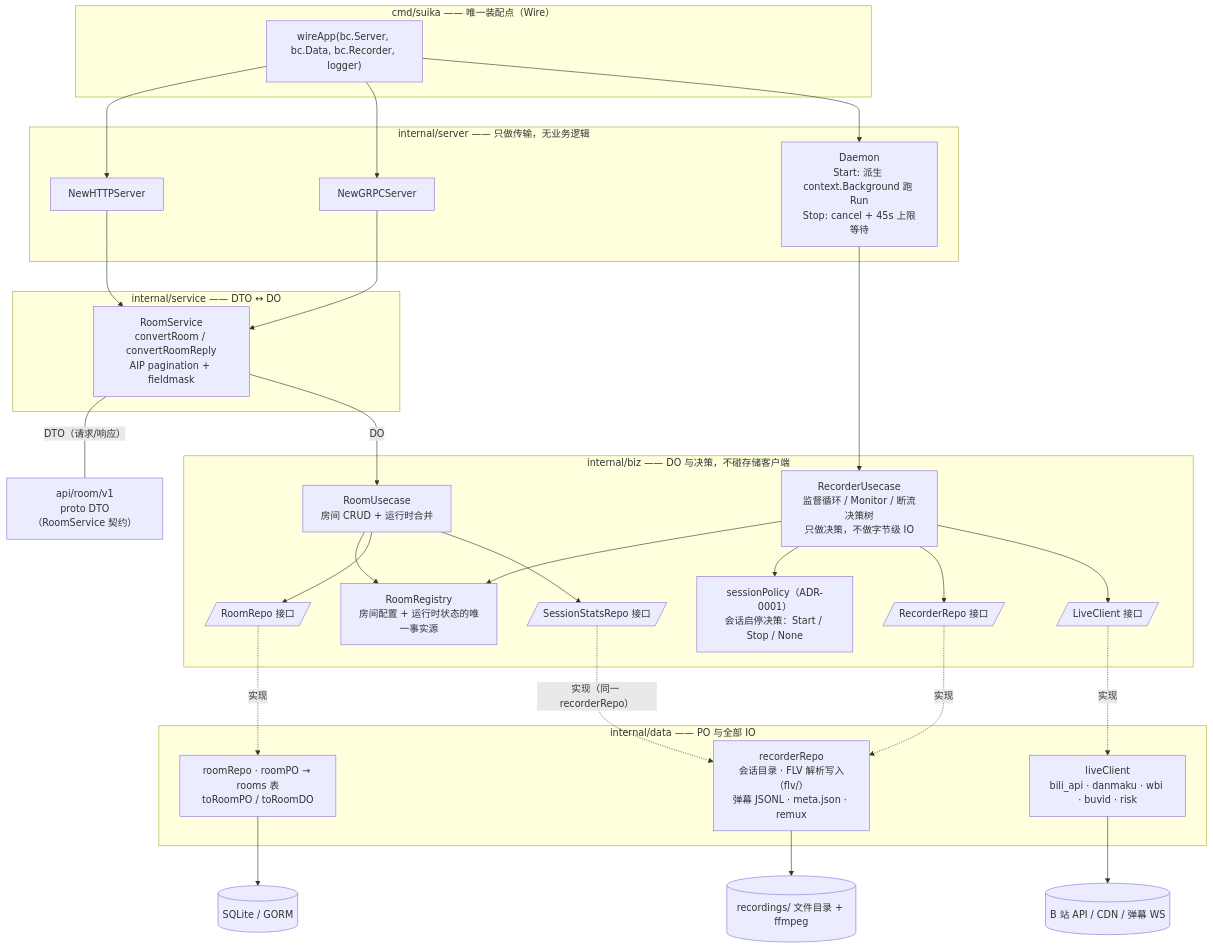
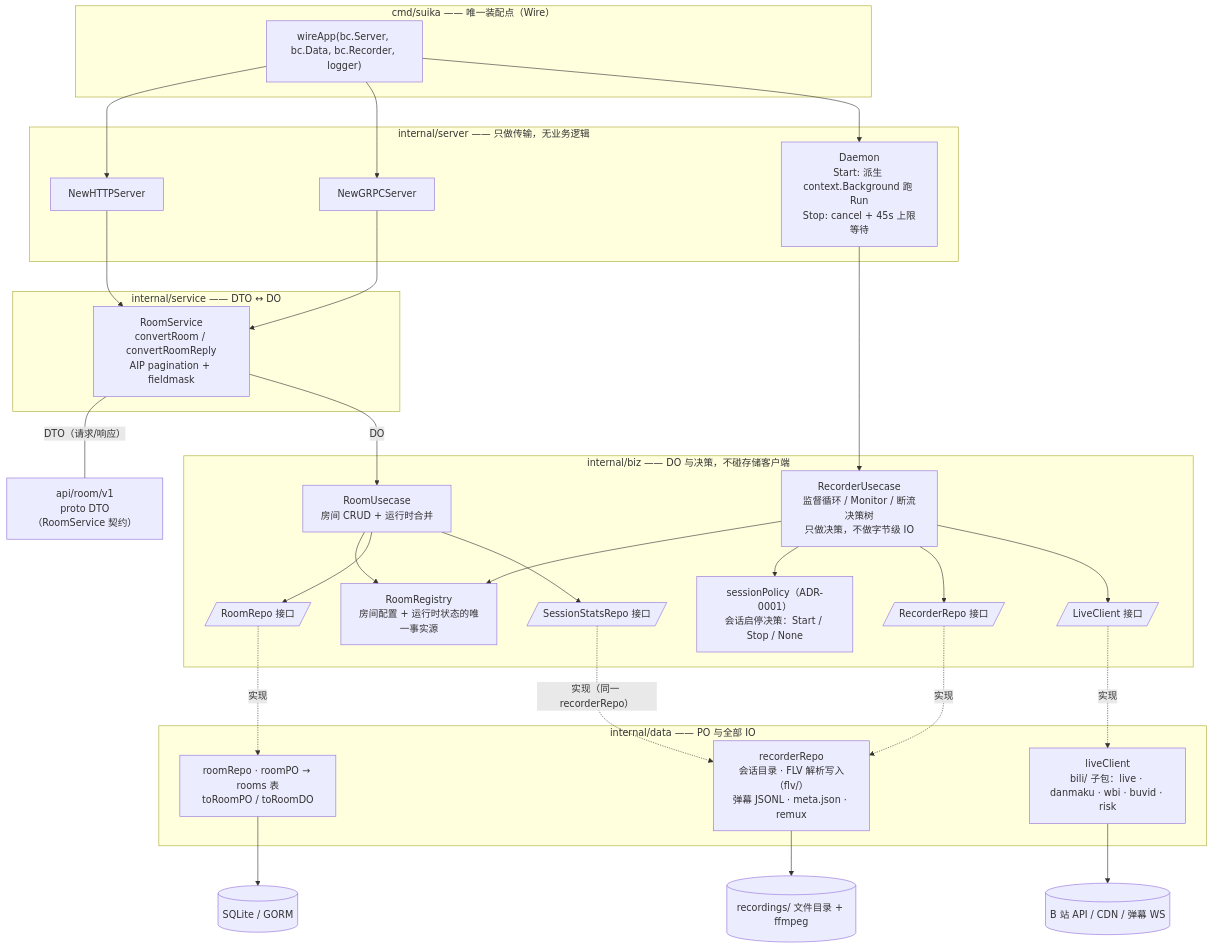
One commit to xgbt/suika changed the second of 10 diagrams in docs/design/architecture-diagrams.md. Above: the diagram before and after it, drawn with Mermaid. The commit also changed other lines of this file and 20 other files, not shown here.

First line of the commit message:
feat: implement risk control mechanism for Bilibili API calls

````diff
--- a/docs/design/architecture-diagrams.md
+++ b/docs/design/architecture-diagrams.md
@@ -73,53 +73,53 @@
 ```mermaid
 flowchart TB
     subgraph CMD["cmd/suika —— 唯一装配点（Wire）"]
         WIRE["wireApp(bc.Server, bc.Data, bc.Recorder, logger)"]
     end
 
     subgraph SERVER["internal/server —— 只做传输，无业务逻辑"]
         SHTTP["NewHTTPServer"]
         SGRPC["NewGRPCServer"]
         SDMN["Daemon<br/>Start: 派生 context.Background 跑 Run<br/>Stop: cancel + 45s 上限等待"]
     end
 
     subgraph SERVICE["internal/service —— DTO ↔ DO"]
         RS["RoomService<br/>convertRoom / convertRoomReply<br/>AIP pagination + fieldmask"]
     end
 
     subgraph BIZ["internal/biz —— DO 与决策，不碰存储客户端"]
         RU["RoomUsecase<br/>房间 CRUD + 运行时合并"]
         RECU["RecorderUsecase<br/>监督循环 / Monitor / 断流决策树<br/>只做决策，不做字节级 IO"]
         REG["RoomRegistry<br/>房间配置 + 运行时状态的唯一事实源"]
         POL["sessionPolicy（ADR-0001）<br/>会话启停决策：Start / Stop / None"]
         IF1[/"RoomRepo 接口"/]
         IF2[/"RecorderRepo 接口"/]
         IF3[/"LiveClient 接口"/]
         IF4[/"SessionStatsRepo 接口"/]
     end
 
     subgraph DATA["internal/data —— PO 与全部 IO"]
         RR["roomRepo · roomPO → rooms 表<br/>toRoomPO / toRoomDO"]
         RREPO["recorderRepo<br/>会话目录 · FLV 解析写入（flv/）<br/>弹幕 JSONL · meta.json · remux"]
-        LC["liveClient<br/>bili_api · danmaku · wbi · buvid · risk"]
+        LC["liveClient<br/>bili/ 子包：live · danmaku · wbi · buvid · risk"]
     end
 
     DTO["api/room/v1<br/>proto DTO（RoomService 契约）"]
 
     WIRE --> SHTTP & SGRPC & SDMN
     SHTTP & SGRPC --> RS
     RS -- "DTO（请求/响应）" --- DTO
     RS -- "DO" --> RU
     SDMN --> RECU
     RU --> REG
     RECU --> REG
     RECU --> POL
     RU --> IF1 & IF4
     RECU --> IF2 & IF3
     IF1 -. 实现 .-> RR
     IF4 -. 实现（同一 recorderRepo） .-> RREPO
     IF2 -. 实现 .-> RREPO
     IF3 -. 实现 .-> LC
     RR --> SQLITE[("SQLite / GORM")]
     RREPO --> FS[("recordings/ 文件目录 + ffmpeg")]
     LC --> BILI[("B 站 API / CDN / 弹幕 WS")]
 ```
````
